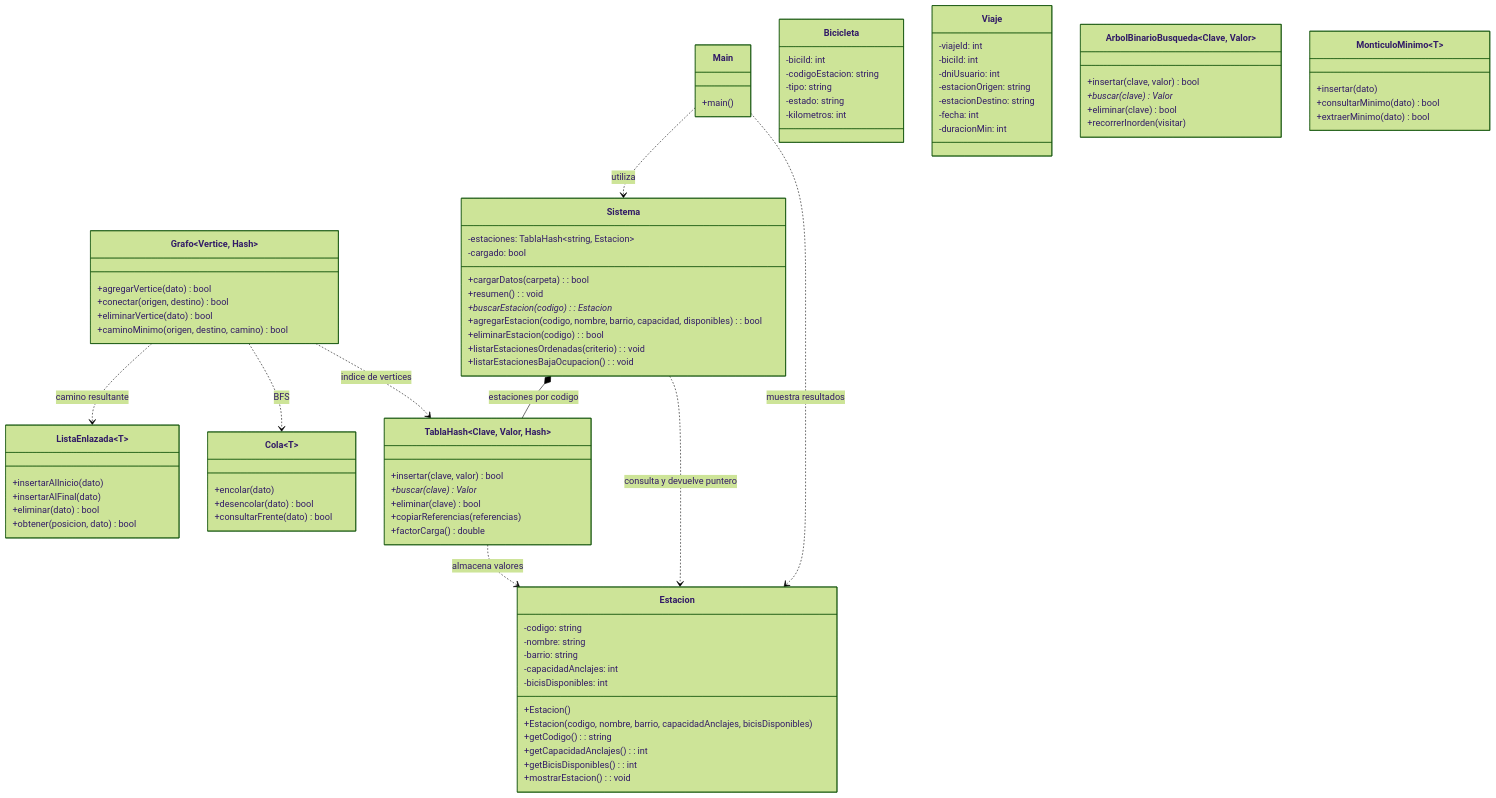
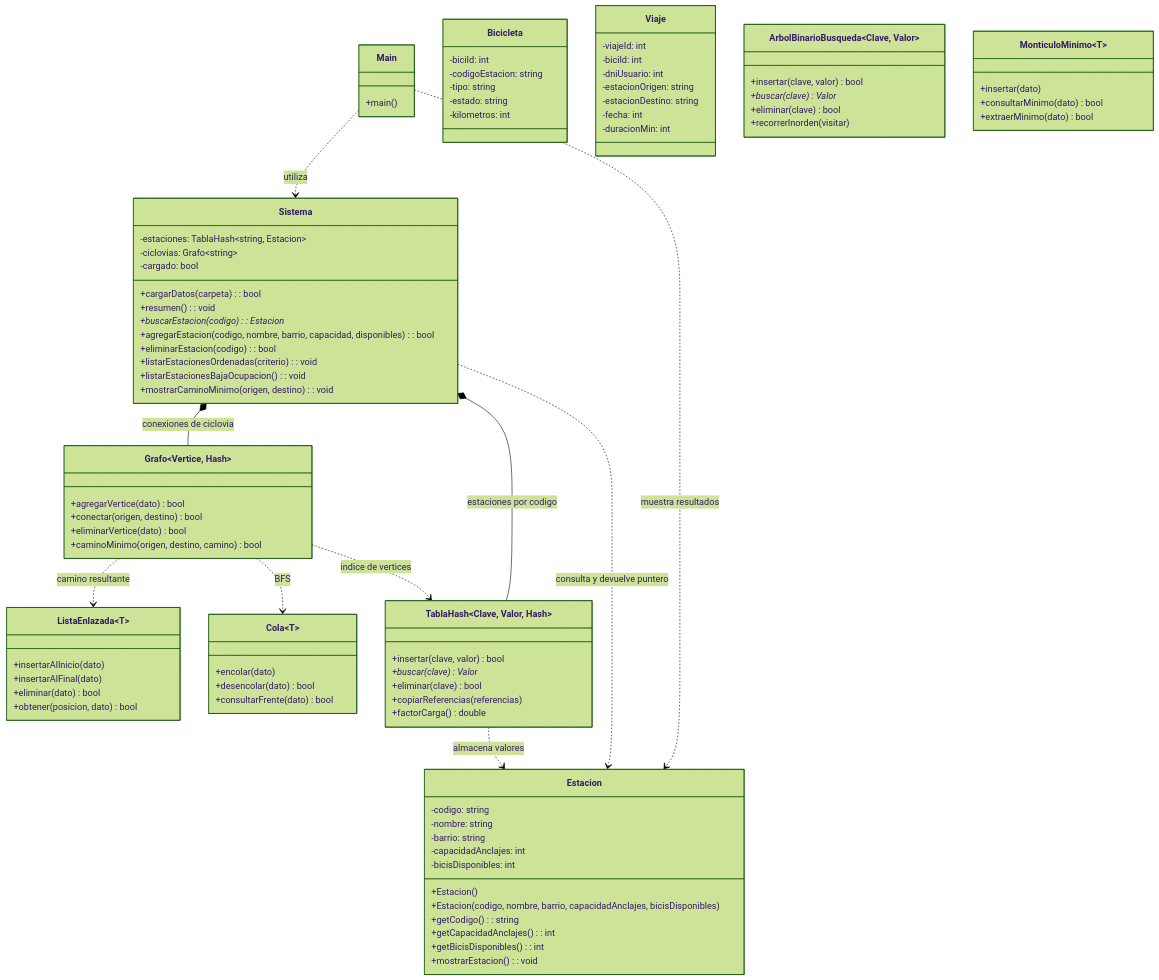
Before and after one commit to cberto/algoritmos: the diagram in TP - Integrador/UML_ACTUAL.md, drawn with Mermaid (forest theme). The commit also changed other lines of this file and 6 other files, not shown here.

```diff
--- a/TP - Integrador/UML_ACTUAL.md
+++ b/TP - Integrador/UML_ACTUAL.md
@@ -10,6 +10,7 @@
 
     class Sistema {
         -estaciones: TablaHash~string, Estacion~
+        -ciclovias: Grafo~string~
         -cargado: bool
         +cargarDatos(carpeta): bool
         +resumen(): void
@@ -18,6 +19,7 @@
         +eliminarEstacion(codigo): bool
         +listarEstacionesOrdenadas(criterio): void
         +listarEstacionesBajaOcupacion(): void
+        +mostrarCaminoMinimo(origen, destino): void
     }
 
     class Estacion {
@@ -96,6 +98,7 @@
     Main ..> Sistema : utiliza
     Main ..> Estacion : muestra resultados
     Sistema *-- TablaHash : estaciones por codigo
+    Sistema *-- Grafo : conexiones de ciclovia
     Sistema ..> Estacion : consulta y devuelve puntero
     TablaHash ..> Estacion : almacena valores
     Grafo ..> Cola : BFS
```
